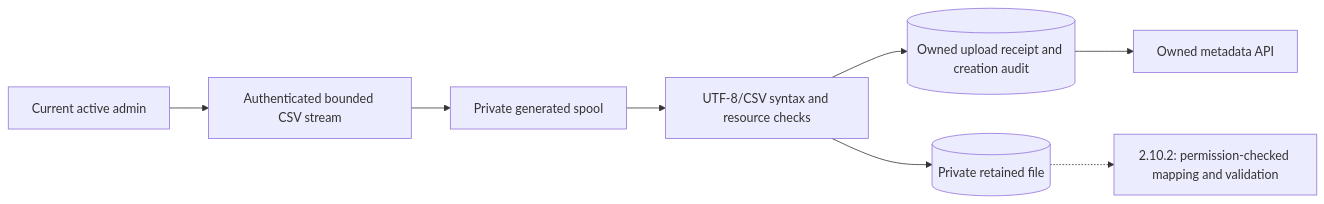
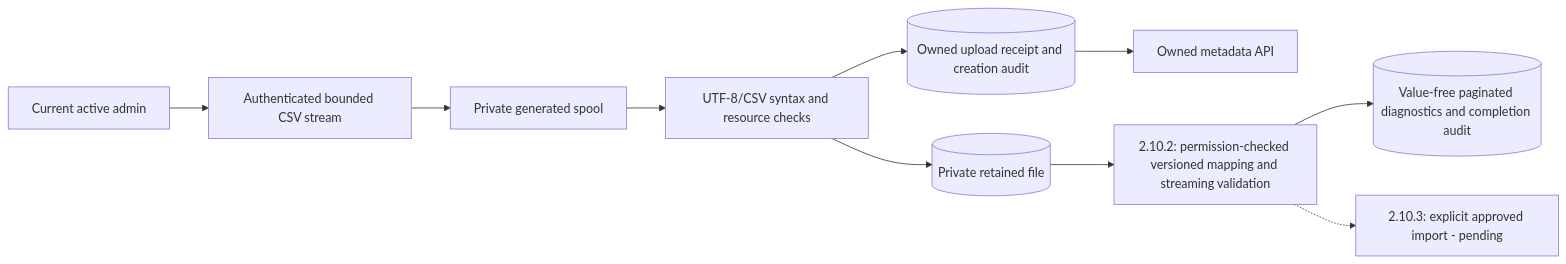
The first of 7 diagrams in docs/ARCHITECTURE_TO_BE.md (HetPatel1978/TrueFlag_AI), drawn with Mermaid before and after one commit. The commit also changed other lines of this file and 25 other files, not shown here.

Commit message:
Add versioned CSV column mapping and validation previews

````diff
--- a/docs/ARCHITECTURE_TO_BE.md
+++ b/docs/ARCHITECTURE_TO_BE.md
@@ -19,10 +19,12 @@
 ```mermaid
 flowchart LR
   Admin[Current active admin] --> Stream[Authenticated bounded CSV stream]
   Stream --> Spool[Private generated spool]
   Spool --> Structural[UTF-8/CSV syntax and resource checks]
   Structural --> Receipt[(Owned upload receipt and creation audit)]
   Structural --> Bytes[(Private retained file)]
   Receipt --> Owned[Owned metadata API]
-  Bytes -.-> Future[2.10.2: permission-checked mapping and validation]
+  Bytes --> Preview[2.10.2: permission-checked versioned mapping and streaming validation]
+  Preview --> Diagnostics[(Value-free paginated diagnostics and completion audit)]
+  Preview -.-> Import[2.10.3: explicit approved import - pending]
 ```
````
